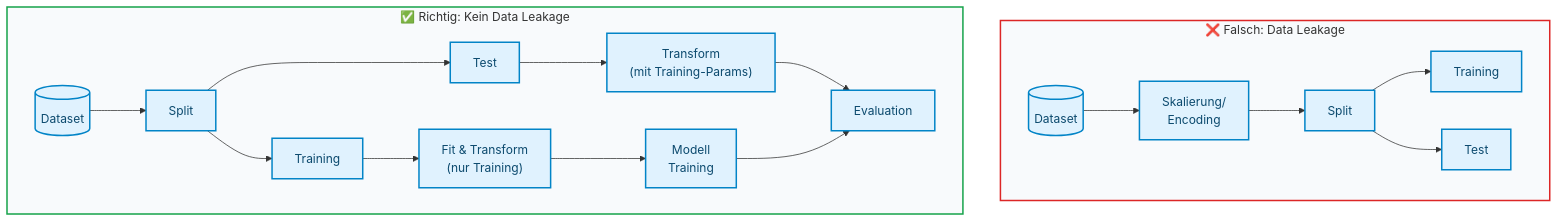
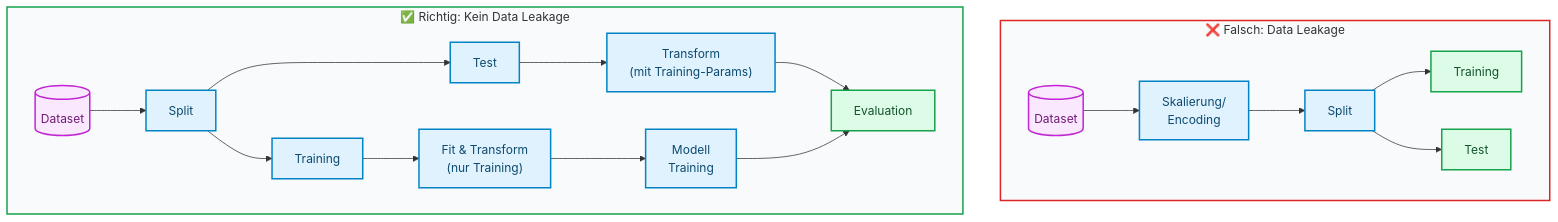
The third of 4 diagrams in docs/concepts/prepare/train_test_split.md (ralf-42/ML_Intro), drawn with Mermaid before and after one commit. The commit also changed other lines of this file and 49 other files, not shown here.

````diff
--- a/docs/concepts/prepare/train_test_split.md
+++ b/docs/concepts/prepare/train_test_split.md
@@ -219,24 +219,30 @@
 ```mermaid
 flowchart TB
     subgraph wrong["❌ Falsch: Data Leakage"]
         D1[("Dataset")] --> S1["Skalierung/<br/>Encoding"]
         S1 --> SP1["Split"]
         SP1 --> TR1["Training"]
         SP1 --> TE1["Test"]
     end
     
     subgraph correct["✅ Richtig: Kein Data Leakage"]
         D2[("Dataset")] --> SP2["Split"]
         SP2 --> TR2["Training"]
         SP2 --> TE2["Test"]
         TR2 --> S2["Fit & Transform<br/>(nur Training)"]
         S2 --> M["Modell<br/>Training"]
         TE2 --> S3["Transform<br/>(mit Training-Params)"]
         S3 --> E["Evaluation"]
         M --> E
     end
 
-    classDef default fill:#e0f2fe,stroke:#0284c7,stroke-width:2px,color:#0c4a6e;
     style wrong fill:#f8fafc,stroke:#dc2626,stroke-width:2px
     style correct fill:#f8fafc,stroke:#16a34a,stroke-width:2px
+
+    classDef default fill:#e0f2fe,stroke:#0284c7,stroke-width:2px,color:#0c4a6e;
+    classDef output fill:#dcfce7,stroke:#16a34a,stroke-width:2px,color:#14532d;
+    classDef target fill:#fae8ff,stroke:#c026d3,stroke-width:2px,color:#701a75;
+
+    class TR1,TE1,E output;
+    class D1,D2 target;
 ```
````
